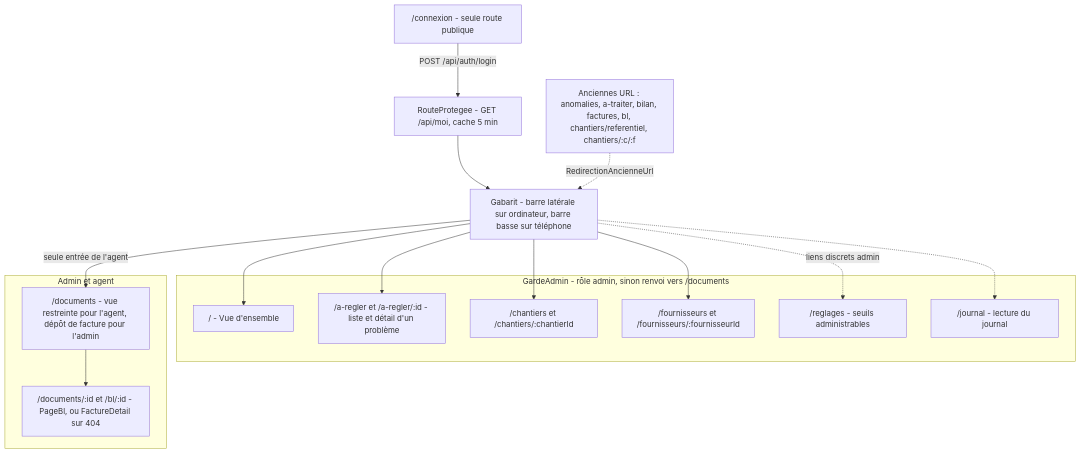
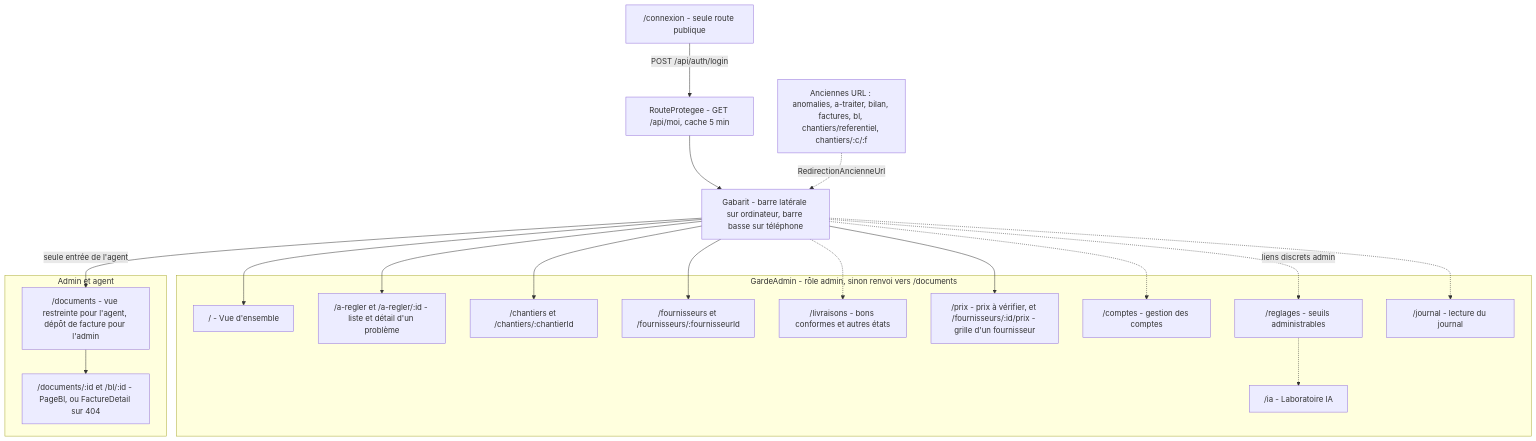
One commit to Asuura666/habitat-renovation changed diagram 12 of 14 in ARCHITECTURE.md. Above: the diagram before and after it, drawn with Mermaid. The commit also changed other lines of this file and 4 other files, not shown here.

````diff
--- a/ARCHITECTURE.md
+++ b/ARCHITECTURE.md
@@ -879,33 +934,41 @@
 ```mermaid
 flowchart TB
   connexion["/connexion - seule route publique"]
   protegee["RouteProtegee - GET /api/moi, cache 5 min"]
   gabarit["Gabarit - barre latérale sur ordinateur, barre basse sur téléphone"]
 
   connexion -->|"POST /api/auth/login"| protegee
   protegee --> gabarit
 
   subgraph garde_admin["GardeAdmin - rôle admin, sinon renvoi vers /documents"]
     vue["/ - Vue d'ensemble"]
     aregler["/a-regler et /a-regler/:id - liste et détail d'un problème"]
     chantiers["/chantiers et /chantiers/:chantierId"]
     fournisseurs["/fournisseurs et /fournisseurs/:fournisseurId"]
+    livraisons["/livraisons - bons conformes et autres états"]
+    prix["/prix - prix à vérifier, et /fournisseurs/:id/prix - grille d'un fournisseur"]
+    comptes["/comptes - gestion des comptes"]
     reglages["/reglages - seuils administrables"]
     journal["/journal - lecture du journal"]
+    labo["/ia - Laboratoire IA"]
   end
 
   subgraph ouvert["Admin et agent"]
     documents["/documents - vue restreinte pour l'agent, dépôt de facture pour l'admin"]
     page_bl["/documents/:id et /bl/:id - PageBl, ou FactureDetail sur 404"]
   end
 
   gabarit --> vue
   gabarit --> aregler
   gabarit --> chantiers
   gabarit --> fournisseurs
+  gabarit --> prix
+  gabarit -.-> livraisons
   gabarit -->|"seule entrée de l'agent"| documents
   gabarit -.->|"liens discrets admin"| reglages
   gabarit -.-> journal
+  gabarit -.-> comptes
+  reglages -.-> labo
   documents --> page_bl
   anciennes["Anciennes URL : anomalies, a-traiter, bilan, factures, bl, chantiers/referentiel, chantiers/:c/:f"] -.->|"RedirectionAncienneUrl"| gabarit
 ```
````
